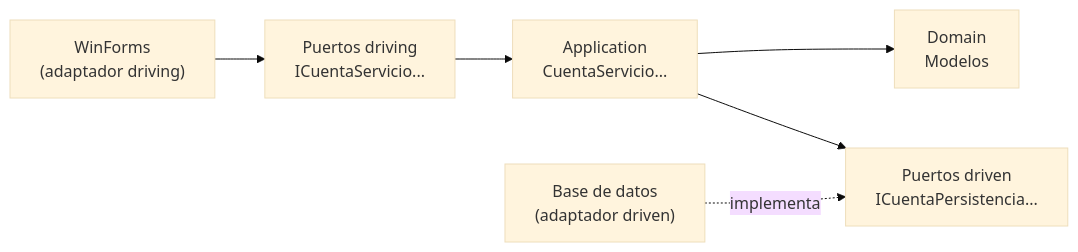
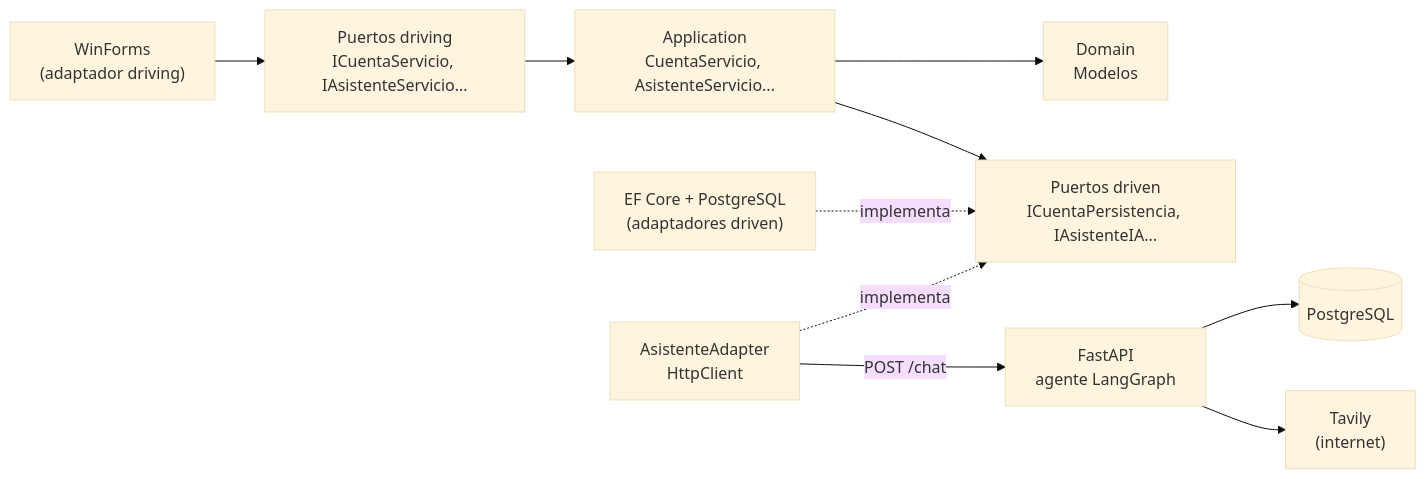
The diagram in README.md (Paublaner/app_escritorio), drawn with Mermaid (base theme) before and after one commit. The commit also changed other lines of this file and 25 other files, not shown here.

````diff
--- a/README.md
+++ b/README.md
@@ -22,8 +37,12 @@
 ```mermaid
 flowchart LR
-    UI["WinForms<br/>(adaptador driving)"] --> PD["Puertos driving<br/>ICuentaServicio..."]
-    PD --> APP["Application<br/>CuentaServicio..."]
+    UI["WinForms<br/>(adaptador driving)"] --> PD["Puertos driving<br/>ICuentaServicio, IAsistenteServicio..."]
+    PD --> APP["Application<br/>CuentaServicio, AsistenteServicio..."]
     APP --> DOM["Domain<br/>Modelos"]
-    APP --> PDN["Puertos driven<br/>ICuentaPersistencia..."]
-    INF["Base de datos<br/>(adaptador driven)"] -.implementa.-> PDN
+    APP --> PDN["Puertos driven<br/>ICuentaPersistencia, IAsistenteIA..."]
+    DB["EF Core + PostgreSQL<br/>(adaptadores driven)"] -.implementa.-> PDN
+    IA["AsistenteAdapter<br/>HttpClient"] -.implementa.-> PDN
+    IA -- "POST /chat" --> API["FastAPI<br/>agente LangGraph"]
+    API --> PG[("PostgreSQL")]
+    API --> WEB["Tavily<br/>(internet)"]
 ```
````
